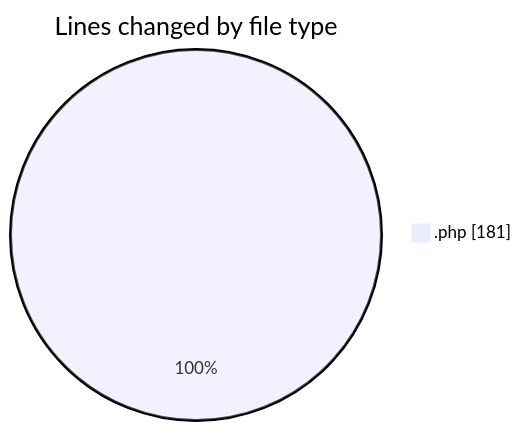
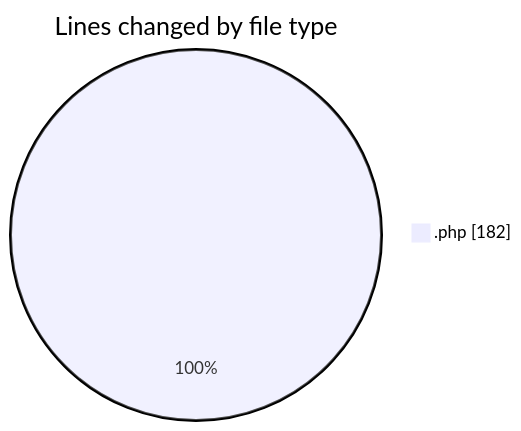
Before and after one commit to LanceThiago/code-tracking: the first of 2 diagrams in 2026-10-19/oficina/README.md, drawn with Mermaid. The commit also changed other lines of this file and 2 other files, not shown here.

````diff
--- a/2026-10-19/oficina/README.md
+++ b/2026-10-19/oficina/README.md
@@ -20,5 +20,5 @@
 ```mermaid
 pie showData
 title Lines changed by file type
-".php" : 181
+".php" : 182
 ```
````
